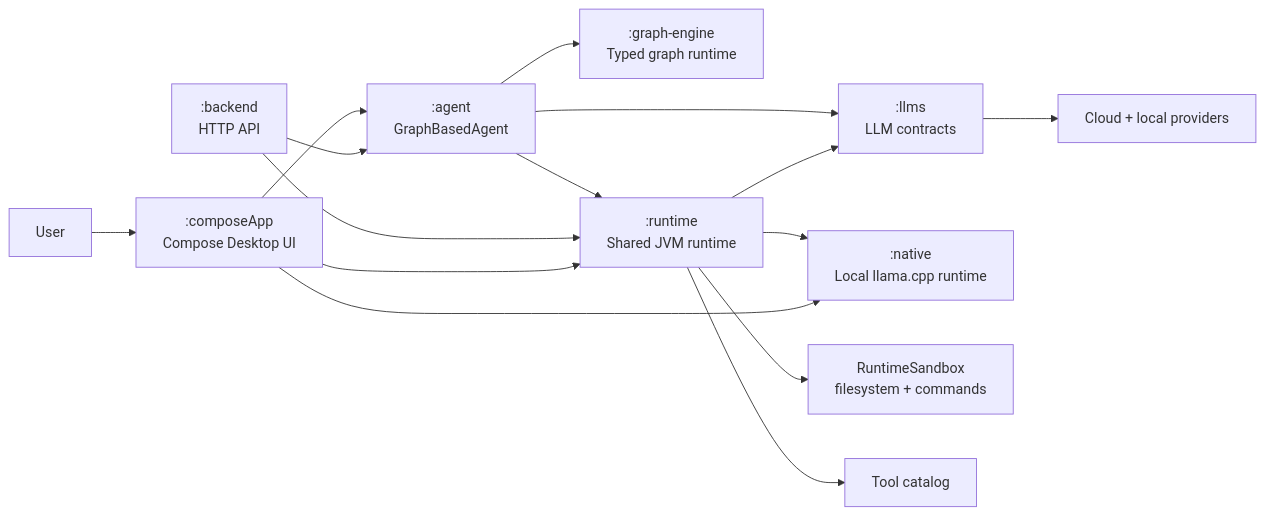
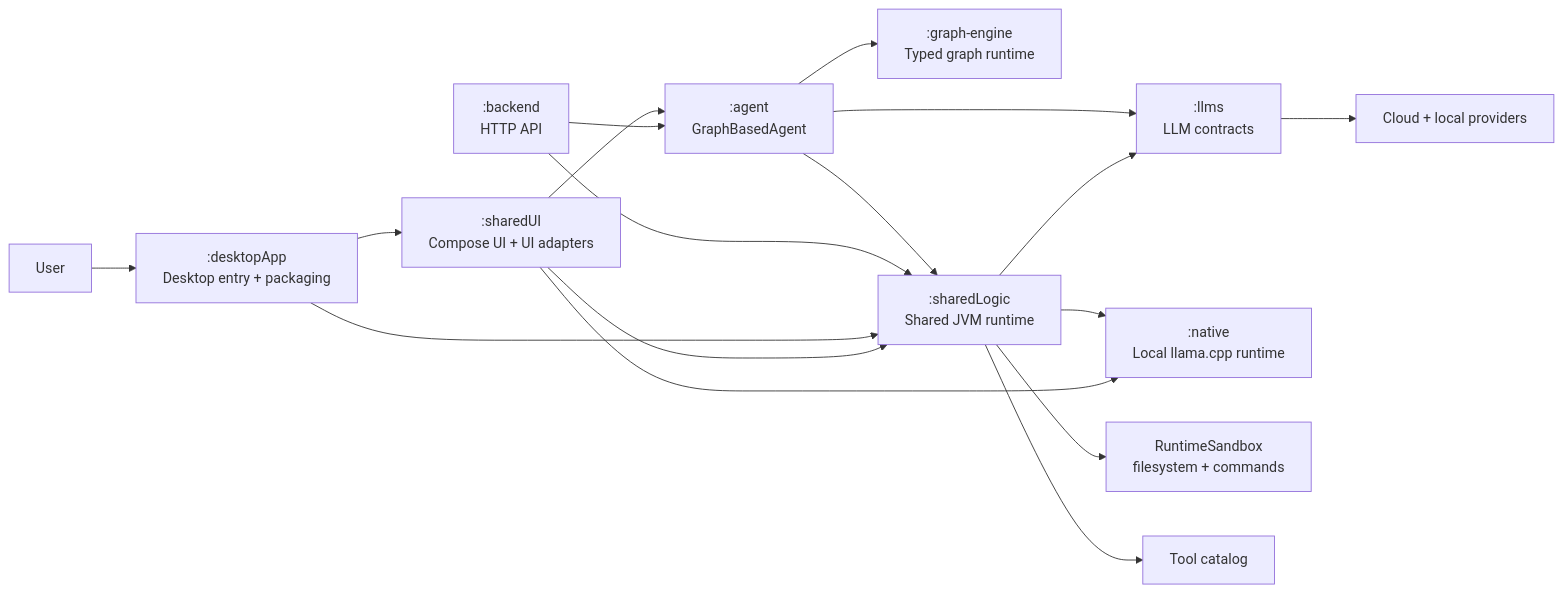
The first of 4 diagrams in README.md (D00mch/souz), drawn with Mermaid before and after one commit. The commit also changed other lines of this file and 531 other files, not shown here.

````diff
--- a/README.md
+++ b/README.md
@@ -67,19 +69,21 @@
 ```mermaid
 flowchart LR
-    userNode["User"] --> desktopUi[":composeApp\nCompose Desktop UI"]
-    desktopUi --> agentNode[":agent\nGraphBasedAgent"]
+    userNode["User"] --> desktopApp[":desktopApp\nDesktop entry + packaging"]
+    desktopApp --> sharedUi[":sharedUI\nCompose UI + UI adapters"]
+    sharedUi --> agentNode[":agent\nGraphBasedAgent"]
     backendApi[":backend\nHTTP API"] --> agentNode
 
     agentNode --> graphEngine[":graph-engine\nTyped graph runtime"]
-    agentNode --> runtimeNode[":runtime\nShared JVM runtime"]
+    agentNode --> runtimeNode[":sharedLogic\nShared JVM runtime"]
     agentNode --> llmsNode[":llms\nLLM contracts"]
     runtimeNode --> llmsNode
     runtimeNode --> nativeRuntime[":native\nLocal llama.cpp runtime"]
     backendApi --> runtimeNode
-    desktopUi --> runtimeNode
-    desktopUi --> nativeRuntime
+    desktopApp --> runtimeNode
+    sharedUi --> runtimeNode
+    sharedUi --> nativeRuntime
 
     runtimeNode --> sandboxNode["RuntimeSandbox\nfilesystem + commands"]
     runtimeNode --> toolsNode["Tool catalog"]
     llmsNode --> providersNode["Cloud + local providers"]
 ```
````
